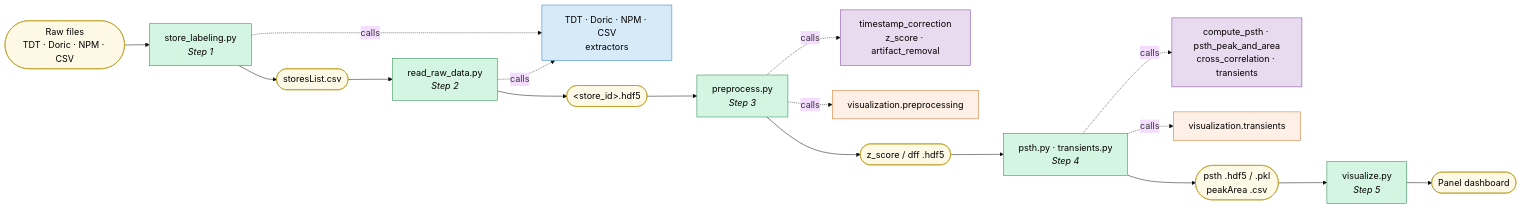
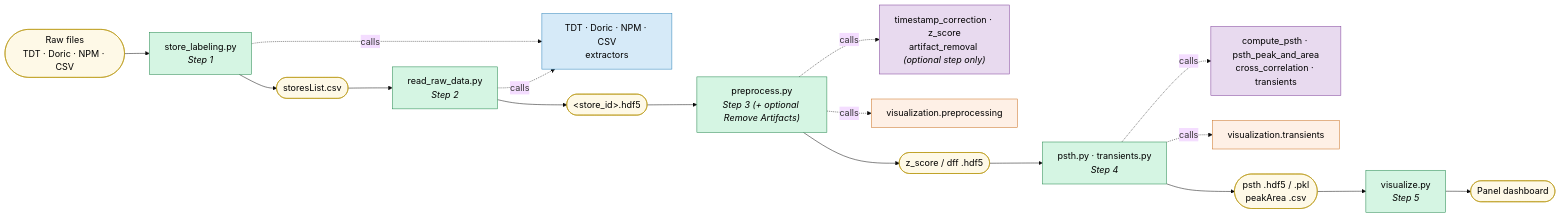
One commit to LernerLab/GuPPy changed the third of 3 diagrams in docs/architecture.md. Above: the diagram before and after it, drawn with Mermaid. The commit also changed other lines of this file and 48 other files, not shown here.

First line of the commit message:
Split artifact removal into two optional steps

````diff
--- a/docs/architecture.md
+++ b/docs/architecture.md
@@ -130,44 +132,44 @@
 ```mermaid
 %%{init: {'theme': 'base', 'themeVariables': {'fontSize': '18px'}}}%%
 flowchart LR
     RAW(["Raw files<br/>TDT · Doric · NPM · CSV"])
 
     S2["store_labeling.py<br/><i>Step 1</i>"]
     F1(["storesList.csv"])
 
     S3["read_raw_data.py<br/><i>Step 2</i>"]
     EX["TDT · Doric · NPM · CSV<br/>extractors"]
     F2(["&lt;store_id&gt;.hdf5"])
 
-    S4["preprocess.py<br/><i>Step 3</i>"]
-    A4["timestamp_correction<br/>z_score · artifact_removal"]
+    S4["preprocess.py<br/><i>Step 3 (+ optional Remove Artifacts)</i>"]
+    A4["timestamp_correction · z_score<br/>artifact_removal <i>(optional step only)</i>"]
     V4["visualization.preprocessing"]
     F3(["z_score / dff .hdf5"])
 
     S5["psth.py · transients.py<br/><i>Step 4</i>"]
     A5["compute_psth · psth_peak_and_area<br/>cross_correlation · transients"]
     V5["visualization.transients"]
     F4(["psth .hdf5 / .pkl<br/>peakArea .csv"])
 
     S6["visualize.py<br/><i>Step 5</i>"]
     DASH(["Panel dashboard"])
 
     RAW --> S2 --> F1 --> S3 --> F2 --> S4 --> F3 --> S5 --> F4 --> S6 --> DASH
     S2 -. calls .-> EX
     S3 -. calls .-> EX
     S4 -. calls .-> A4
     S4 -. calls .-> V4
     S5 -. calls .-> A5
     S5 -. calls .-> V5
 
     classDef orch fill:#d5f5e3,stroke:#1e8449,color:#000
     classDef ext fill:#d6eaf8,stroke:#2980b9,color:#000
     classDef anal fill:#e8daef,stroke:#7d3c98,color:#000
     classDef viz fill:#fef0e6,stroke:#ca6f1e,color:#000
     classDef file fill:#fef9e7,stroke:#b7950b,color:#000
     class S2,S3,S4,S5,S6 orch
     class EX ext
     class A4,A5 anal
     class V4,V5 viz
     class RAW,F1,F2,F3,F4,DASH file
 ```
````
